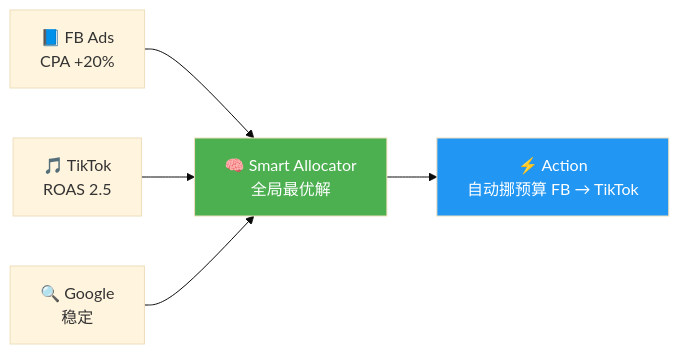
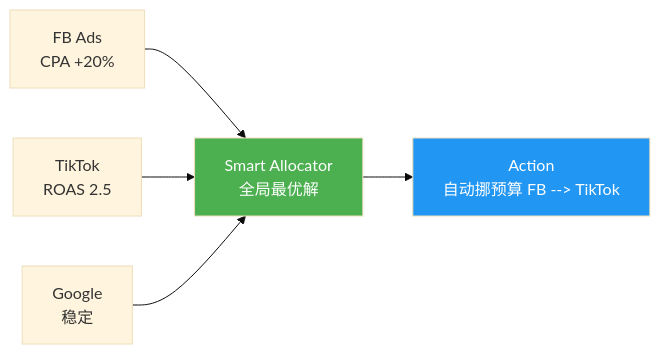
One commit to CodePothunter/lingque changed the tenth of 11 diagrams in docs/VC_TENGEN_AI.md. Above: the diagram before and after it, drawn with Mermaid (base theme). The commit also changed other lines of this file, not shown here.

Commit message:
📝【文档】：移除所有 mermaid 图表中的 emoji 以修复 GitHub 渲染问题

````diff
--- a/docs/VC_TENGEN_AI.md
+++ b/docs/VC_TENGEN_AI.md
@@ -540,10 +540,10 @@
 ```mermaid
 flowchart LR
-    FB["📘 FB Ads<br/>CPA +20%"] --> SA["🧠 Smart Allocator<br/>全局最优解"]
-    TK["🎵 TikTok<br/>ROAS 2.5"] --> SA
-    GG["🔍 Google<br/>稳定"] --> SA
-    SA --> ACT["⚡ Action<br/>自动挪预算 FB → TikTok"]
+    FB["FB Ads<br/>CPA +20%"] --> SA["Smart Allocator<br/>全局最优解"]
+    TK["TikTok<br/>ROAS 2.5"] --> SA
+    GG["Google<br/>稳定"] --> SA
+    SA --> ACT["Action<br/>自动挪预算 FB --> TikTok"]
 
     style SA fill:#4CAF50,color:#fff
     style ACT fill:#2196F3,color:#fff
 ```
````
